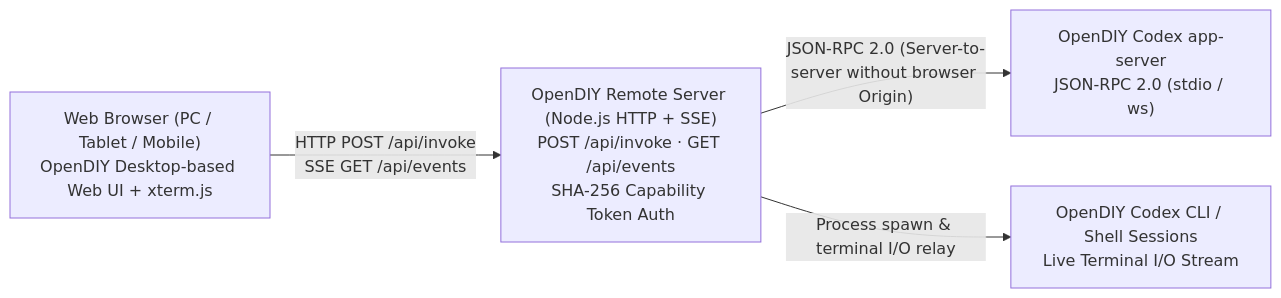
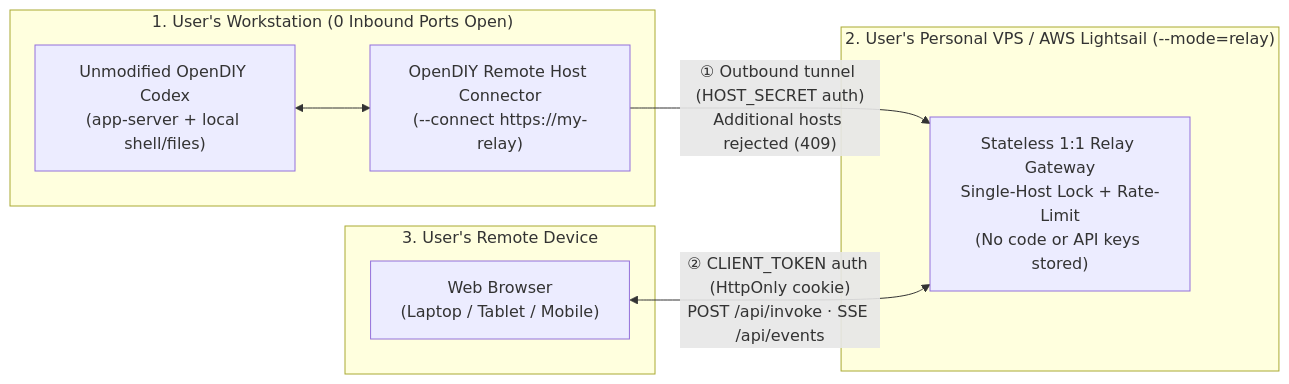
The diagram in README.md (jaeseongs95/Arcvera-Connect), drawn with Mermaid before and after one commit. The commit also changed other lines of this file and 5 other files, not shown here.

Commit message:
feat(relay): add security-first 1:1 self-hosted relay & host connector and resolve UI RPC contracts

````diff
--- a/README.md
+++ b/README.md
@@ -15,11 +17,19 @@
 ```mermaid
 flowchart LR
-  Browser["Web Browser (PC / Tablet / Mobile)<br/>OpenDIY Desktop-based Web UI + xterm.js"]
-  Gateway["OpenDIY Remote Server (Node.js HTTP + SSE)<br/>POST /api/invoke · GET /api/events<br/>SHA-256 Capability Token Auth"]
-  AppServer["OpenDIY Codex app-server<br/>JSON-RPC 2.0 (stdio / ws)"]
-  CLI["OpenDIY Codex CLI / Shell Sessions<br/>Live Terminal I/O Stream"]
+  subgraph LocalPC["1. User's Workstation (0 Inbound Ports Open)"]
+    Codex["Unmodified OpenDIY Codex<br/>(app-server + local shell/files)"]
+    Connector["OpenDIY Remote Host Connector<br/>(--connect https://my-relay)"]
+    Codex <--> Connector
+  end
 
-  Browser -- "HTTP POST /api/invoke<br/>SSE GET /api/events" --> Gateway
-  Gateway -- "JSON-RPC 2.0 (Server-to-server without browser Origin)" --> AppServer
-  Gateway -- "Process spawn & terminal I/O relay" --> CLI
+  subgraph VPS["2. User's Personal VPS / AWS Lightsail (--mode=relay)"]
+    Relay["Stateless 1:1 Relay Gateway<br/>Single-Host Lock + Rate-Limit<br/>(No code or API keys stored)"]
+  end
+
+  subgraph Client["3. User's Remote Device"]
+    Browser["Web Browser<br/>(Laptop / Tablet / Mobile)"]
+  end
+
+  Connector -- "① Outbound tunnel (HOST_SECRET auth)<br/>Additional hosts rejected (409)" --> Relay
+  Browser <-->|"② CLIENT_TOKEN auth (HttpOnly cookie)<br/>POST /api/invoke · SSE /api/events"| Relay
 ```
````
